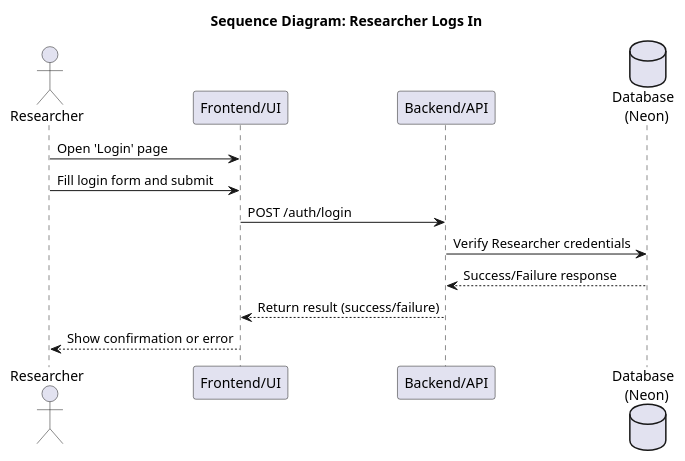
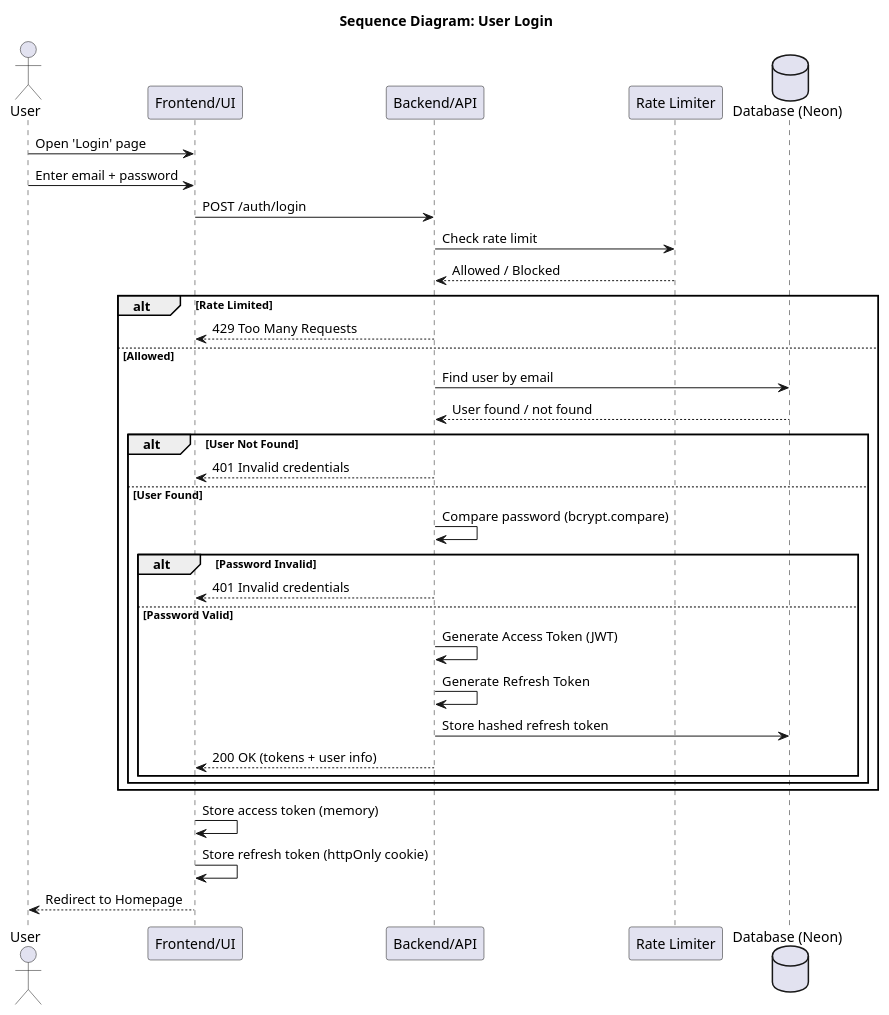
One commit to punyanuch-h/trl-research-frontend changed the diagram in sequence diagram/user/user_login.puml. Above: the diagram before and after it, drawn with PlantUML. The commit also changed 17 other files, not shown here.

Commit message:
fix(SCRUM-245): fix sequence diagram

```diff
--- a/sequence diagram/user/user_login.puml
+++ b/sequence diagram/user/user_login.puml
@@ -1,17 +1,44 @@
 @startuml
-title Sequence Diagram: Researcher Logs In
+title Sequence Diagram: User Login
 
-actor Researcher
+actor User
 participant "Frontend/UI" as UI
 participant "Backend/API" as API
-database "Database \n (Neon)" as DB
+participant "Rate Limiter" as RL
+database "Database (Neon)" as DB
 
-Researcher -> UI: Open 'Login' page
-Researcher -> UI: Fill login form and submit
+User -> UI: Open 'Login' page
+
+User -> UI: Enter email + password
 UI -> API: POST /auth/login
-API -> DB: Verify Researcher credentials
-DB --> API: Success/Failure response
-API --> UI: Return result (success/failure)
-UI --> Researcher: Show confirmation or error
+
+API -> RL: Check rate limit
+RL --> API: Allowed / Blocked
+
+alt Rate Limited
+    API --> UI: 429 Too Many Requests
+else Allowed
+    API -> DB: Find user by email
+    DB --> API: User found / not found
+
+    alt User Not Found
+        API --> UI: 401 Invalid credentials
+    else User Found
+        API -> API: Compare password (bcrypt.compare)
+
+        alt Password Invalid
+            API --> UI: 401 Invalid credentials
+        else Password Valid
+            API -> API: Generate Access Token (JWT)
+            API -> API: Generate Refresh Token
+            API -> DB: Store hashed refresh token
+            API --> UI: 200 OK (tokens + user info)
+        end
+    end
+end
+
+UI -> UI: Store access token (memory)
+UI -> UI: Store refresh token (httpOnly cookie)
+UI --> User: Redirect to Homepage
 
 @enduml
```
